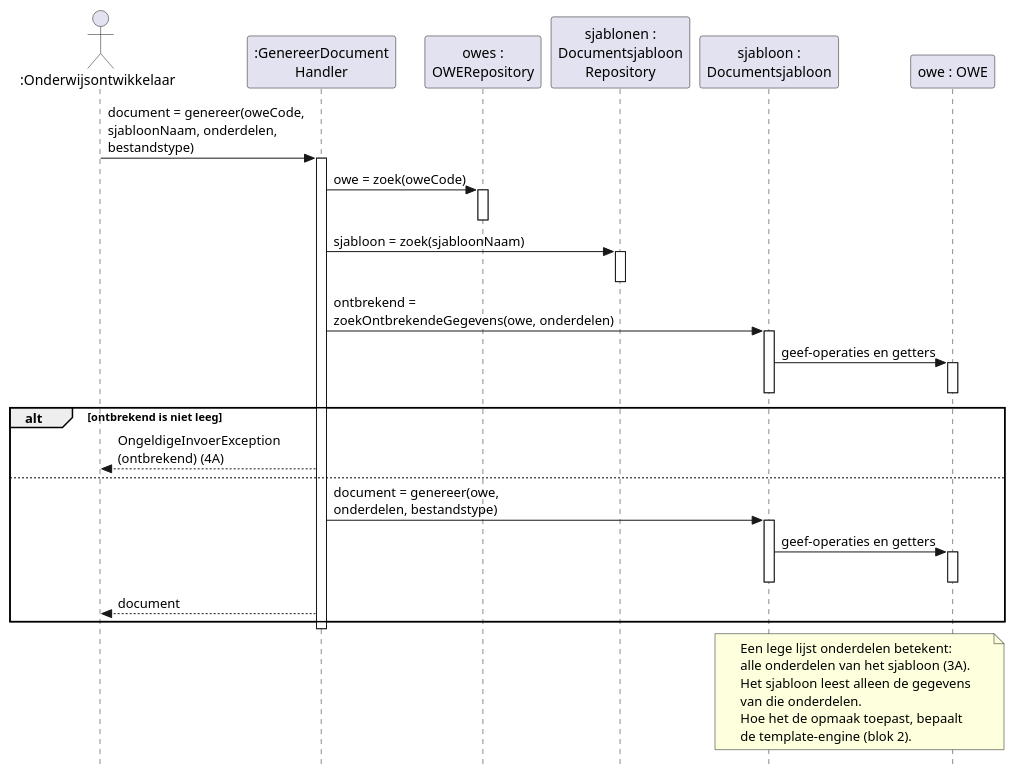
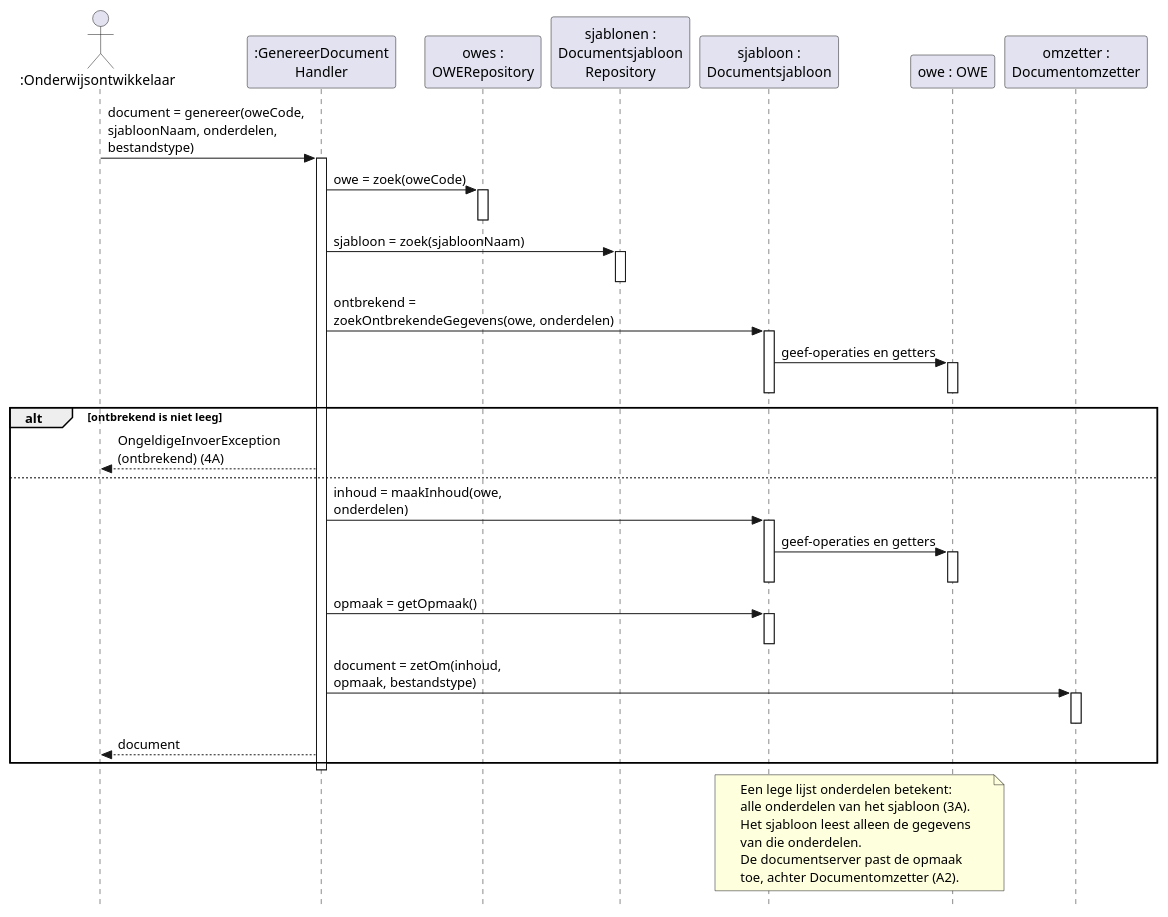
The diagram in docs/diagrams/sd-uc06-genereer.puml (HAN-Craftsmanship-KL-JJG/casus), drawn with PlantUML before and after one commit. The commit also changed 12 other files, not shown here.

```diff
--- a/docs/diagrams/sd-uc06-genereer.puml
+++ b/docs/diagrams/sd-uc06-genereer.puml
@@ -1,50 +1,57 @@
 @startuml sd-uc06-genereer
 ' Sequence diagram van systeemoperatie genereer (UC06, stap 3 tot en met 5).
 ' Toelichting: docs/08-sequencediagrammen.md
 skinparam style strictuml
 skinparam shadowing false
 skinparam defaultFontName Helvetica
 hide footbox
 
 actor ":Onderwijsontwikkelaar" as ontwikkelaar
 participant ":GenereerDocument\nHandler" as handler
 participant "owes :\nOWERepository" as owes
 participant "sjablonen :\nDocumentsjabloon\nRepository" as sjablonen
 participant "sjabloon :\nDocumentsjabloon" as sjabloon
 participant "owe : OWE" as owe
+participant "omzetter :\nDocumentomzetter" as omzetter
 
 ontwikkelaar -> handler : document = genereer(oweCode,\nsjabloonNaam, onderdelen,\nbestandstype)
 activate handler
 handler -> owes : owe = zoek(oweCode)
 activate owes
 deactivate owes
 handler -> sjablonen : sjabloon = zoek(sjabloonNaam)
 activate sjablonen
 deactivate sjablonen
 handler -> sjabloon : ontbrekend =\nzoekOntbrekendeGegevens(owe, onderdelen)
 activate sjabloon
 sjabloon -> owe : geef-operaties en getters
 activate owe
 deactivate owe
 deactivate sjabloon
 alt ontbrekend is niet leeg
   handler --> ontwikkelaar : OngeldigeInvoerException\n(ontbrekend) (4A)
 else
-  handler -> sjabloon : document = genereer(owe,\nonderdelen, bestandstype)
+  handler -> sjabloon : inhoud = maakInhoud(owe,\nonderdelen)
   activate sjabloon
   sjabloon -> owe : geef-operaties en getters
   activate owe
   deactivate owe
   deactivate sjabloon
+  handler -> sjabloon : opmaak = getOpmaak()
+  activate sjabloon
+  deactivate sjabloon
+  handler -> omzetter : document = zetOm(inhoud,\nopmaak, bestandstype)
+  activate omzetter
+  deactivate omzetter
   handler --> ontwikkelaar : document
 end
 deactivate handler
 note over sjabloon, owe
   Een lege lijst onderdelen betekent:
   alle onderdelen van het sjabloon (3A).
   Het sjabloon leest alleen de gegevens
   van die onderdelen.
-  Hoe het de opmaak toepast, bepaalt
-  de template-engine (blok 2).
+  De documentserver past de opmaak
+  toe, achter Documentomzetter (A2).
 end note
 @enduml
```
